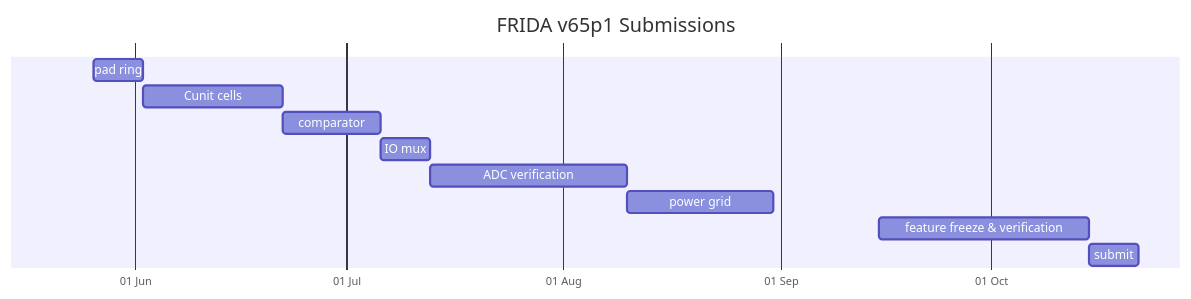
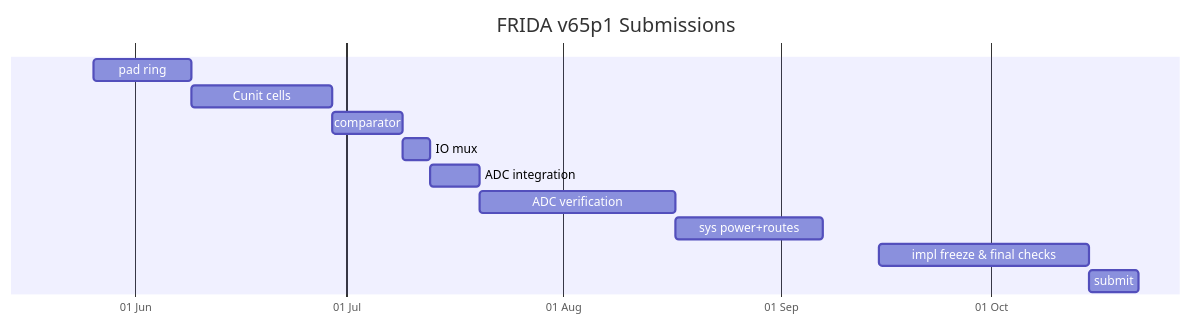
The diagram in writing/todo.md (kcaisley/frida), drawn with Mermaid before and after one commit. The commit also changed other lines of this file and 5 other files, not shown here.

Commit message:
redundancy optimization for caeleste, project timeline

````diff
--- a/writing/todo.md
+++ b/writing/todo.md
@@ -1,15 +1,15 @@
 ```mermaid
 gantt
     title FRIDA v65p1 Submissions
     dateFormat MM-DD
     axisFormat %d %b
-        pad ring          :05-26, 7d
-        Cunit cells       :20d
-        comparator        :14d
-
-        IO mux        :7d
-        ADC verification  :28d
-        power grid        :21d
-        feature freeze & verification   :09-15, 30d
+        pad ring          :05-26, 14d
+        Cunit cells                 :20d
+        comparator                  :10d
+        IO mux                      :4d
+        ADC integration             :7d
+        ADC verification            :28d
+        sys power+routes            :21d
+        impl freeze & final checks   :09-15, 30d
         submit        :10-15, 7d
 ```
````
